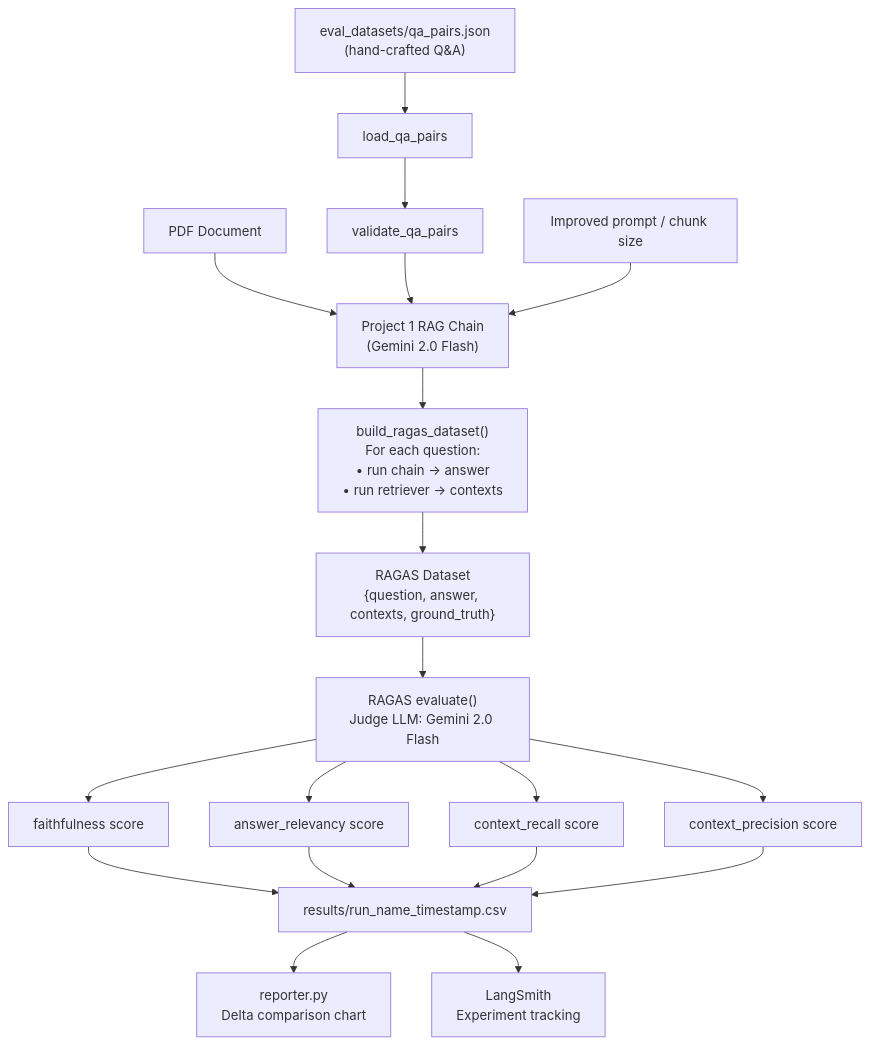
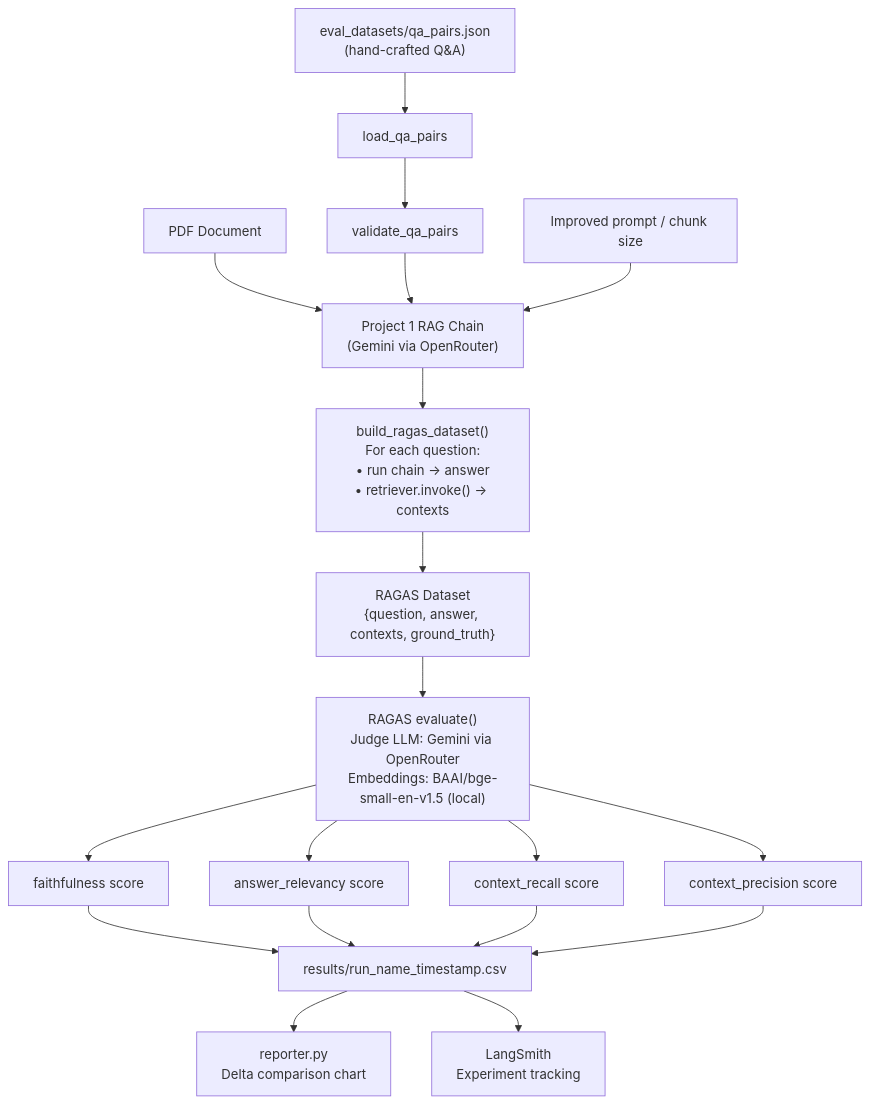
The diagram in docs/architecture.md (themoizqureshi/rag-evaluation-pipeline), drawn with Mermaid before and after one commit. The commit also changed other lines of this file and 2 other files, not shown here.

Commit message:
docs: update README and architecture to reflect HuggingFace embeddings and OpenRouter

````diff
--- a/docs/architecture.md
+++ b/docs/architecture.md
@@ -5,25 +5,25 @@
 ```mermaid
 graph TD
     A["eval_datasets/qa_pairs.json\n(hand-crafted Q&A)"] --> B[load_qa_pairs]
     B --> C[validate_qa_pairs]
 
-    D["PDF Document"] --> E["Project 1 RAG Chain\n(Gemini 2.0 Flash)"]
+    D["PDF Document"] --> E["Project 1 RAG Chain\n(Gemini via OpenRouter)"]
     C --> E
 
-    E --> F["build_ragas_dataset()\nFor each question:\n• run chain → answer\n• run retriever → contexts"]
+    E --> F["build_ragas_dataset()\nFor each question:\n• run chain → answer\n• retriever.invoke() → contexts"]
 
     F --> G["RAGAS Dataset\n{question, answer, contexts, ground_truth}"]
 
-    G --> H["RAGAS evaluate()\nJudge LLM: Gemini 2.0 Flash"]
+    G --> H["RAGAS evaluate()\nJudge LLM: Gemini via OpenRouter\nEmbeddings: BAAI/bge-small-en-v1.5 (local)"]
 
     H --> I["faithfulness score"]
     H --> J["answer_relevancy score"]
     H --> K["context_recall score"]
     H --> L["context_precision score"]
 
     I & J & K & L --> M["results/run_name_timestamp.csv"]
     M --> N["reporter.py\nDelta comparison chart"]
 
     O["Improved prompt / chunk size"] --> E
     M --> P["LangSmith\nExperiment tracking"]
 ```
````
